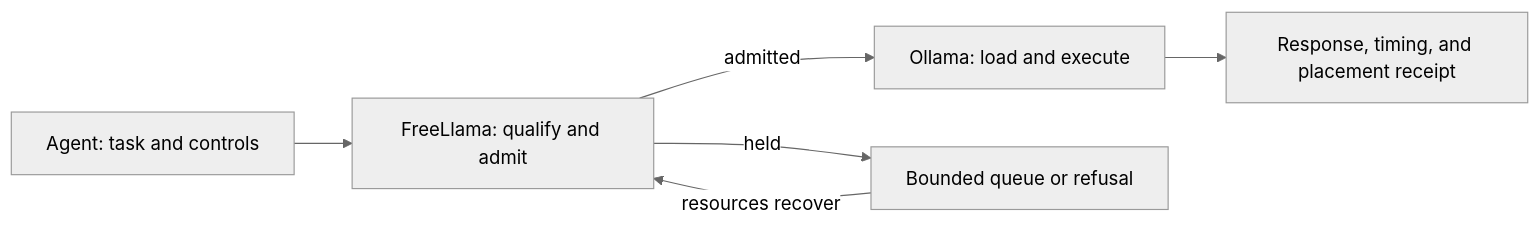
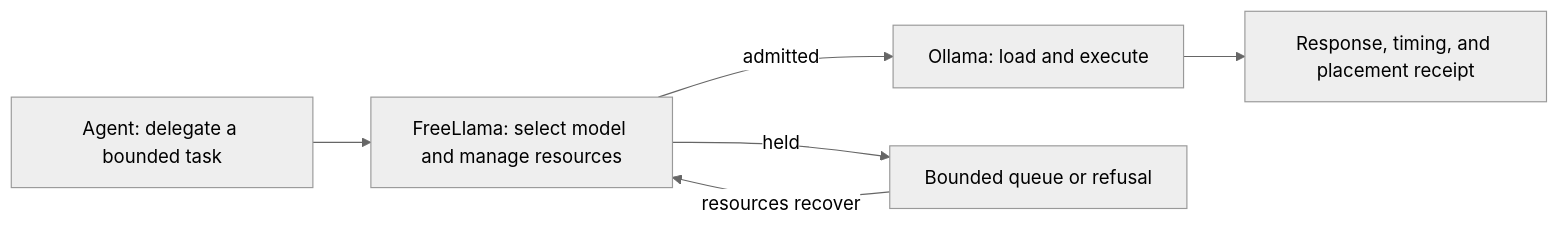
The diagram in README.md (bgauryy/FreeLlama), drawn with Mermaid (neutral theme) before and after one commit. The commit also changed other lines of this file and 59 other files, not shown here.

````diff
--- a/README.md
+++ b/README.md
@@ -11,8 +13,8 @@
 ```mermaid
 flowchart LR
-    Agent["Agent: task and controls"] --> Check["FreeLlama: qualify and admit"]
+    Agent["Agent: delegate a bounded task"] --> Check["FreeLlama: select model and manage resources"]
     Check -->|"admitted"| Ollama["Ollama: load and execute"]
     Check -->|"held"| Wait["Bounded queue or refusal"]
     Wait -->|"resources recover"| Check
     Ollama --> Receipt["Response, timing, and placement receipt"]
 ```
````
